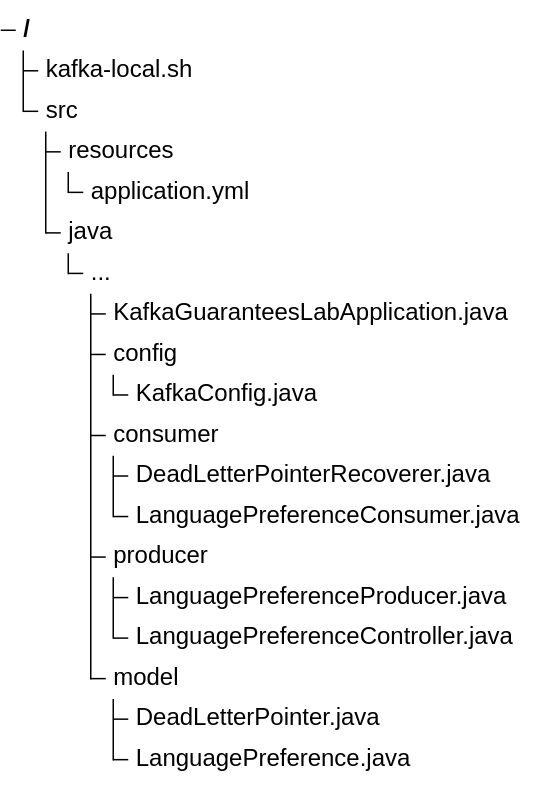
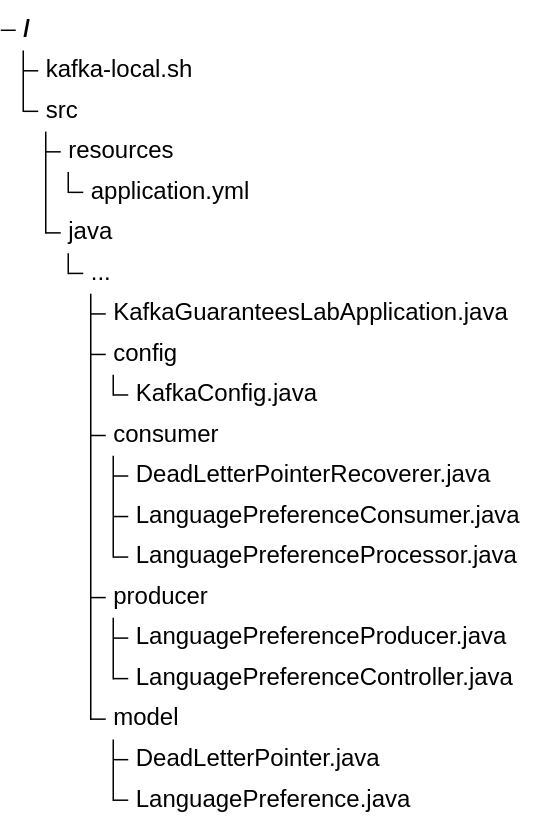
One commit to bhanafee/KafkaGuaranteesLab changed the fourth of 4 diagrams in README.md. Above: the diagram before and after it, drawn with Mermaid. The commit also changed other lines of this file and 9 other files, not shown here.

````diff
--- a/README.md
+++ b/README.md
@@ -424,21 +459,22 @@
 ```mermaid
 treeView-beta
     "kafka-local.sh"
     "src"
         "resources"
             "application.yml"
         "java"
             "..."
                 "KafkaGuaranteesLabApplication.java"
                 "config"
                     "KafkaConfig.java"
                 "consumer"
                     "DeadLetterPointerRecoverer.java"
                     "LanguagePreferenceConsumer.java"
+                    "LanguagePreferenceProcessor.java"
                 "producer"
                     "LanguagePreferenceProducer.java"
                     "LanguagePreferenceController.java"
                 "model"
                     "DeadLetterPointer.java"
                     "LanguagePreference.java"
 ```
````
